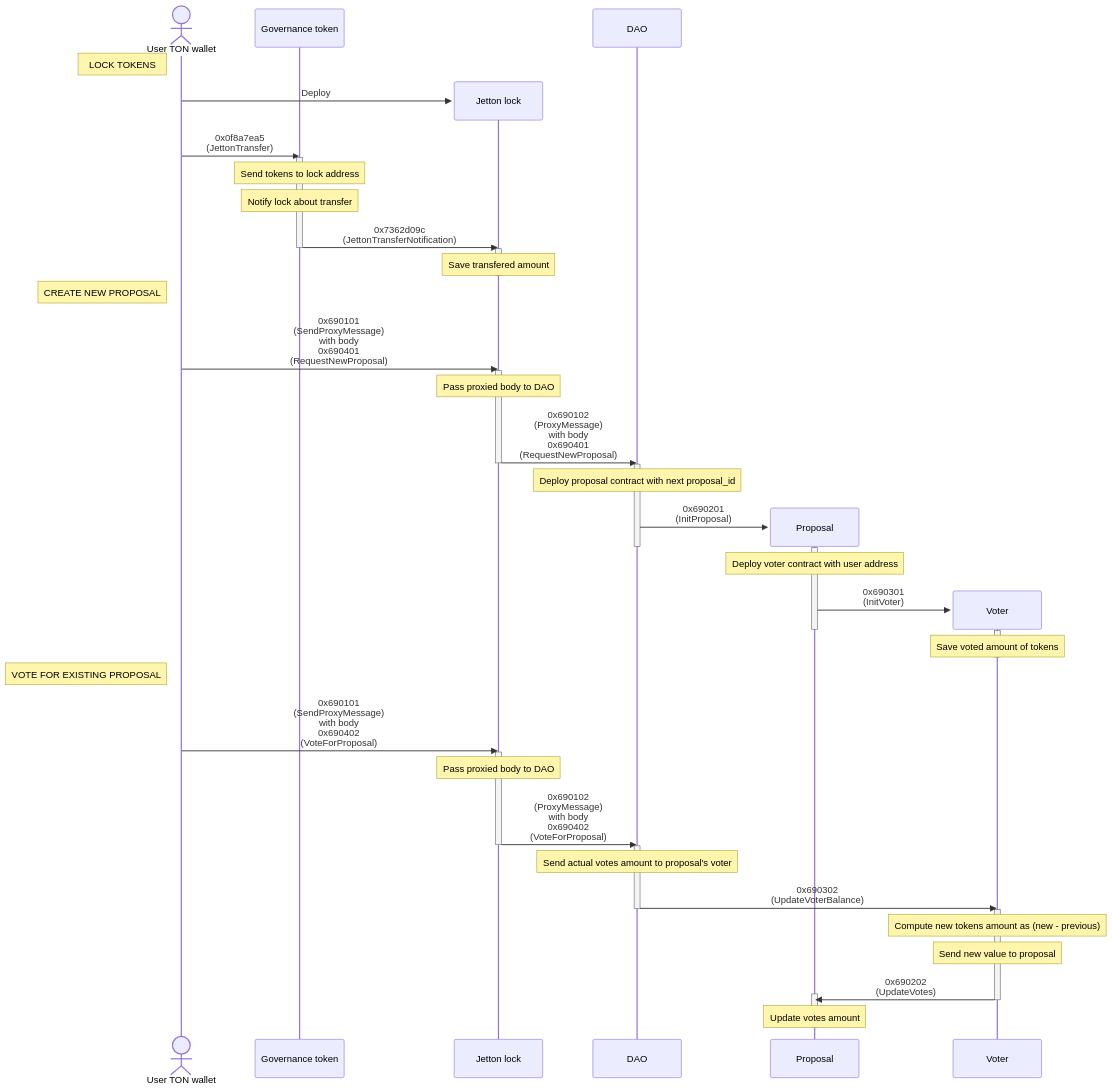
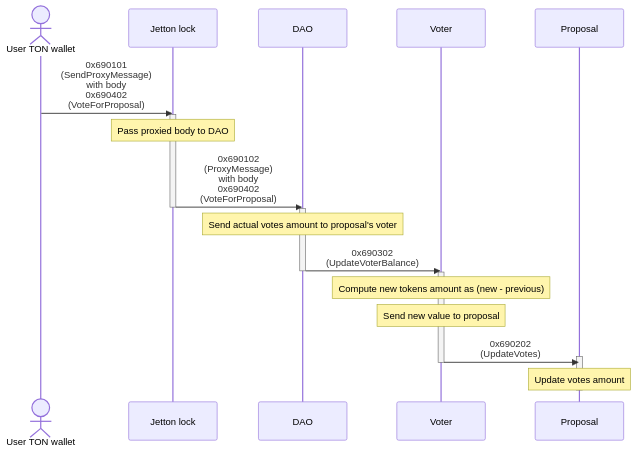
The third of 3 diagrams in README.md (supadupadao/skipper), drawn with Mermaid before and after one commit.

Commit message:
fix: use separate diagrams

````diff
--- a/README.md
+++ b/README.md
@@ -23,59 +73,26 @@
 ```mermaid
 sequenceDiagram
     actor wallet as User TON wallet
-    participant jetton as Governance token
+    participant lock as Jetton lock
+    participant dao as DAO
+    participant voter as Voter
+    participant proposal as Proposal
 
-    Note left of wallet: LOCK TOKENS
-    create participant lock as Jetton lock
-    wallet ->> lock: Deploy
-    wallet ->> jetton: 0x0f8a7ea5<br/>(JettonTransfer)
-    activate jetton
-    Note over jetton: Send tokens to lock address
-    Note over jetton: Notify lock about transfer
-    jetton ->> lock: 0x7362d09c<br/>(JettonTransferNotification)
-    deactivate jetton
-    activate lock
-    Note over lock: Save transfered amount
-    deactivate lock
-
-    participant dao as DAO
-
-    Note left of wallet: CREATE NEW PROPOSAL
-    wallet ->> lock: 0x690101<br/>(SendProxyMessage)<br/>with body<br/>0x690401<br/>(RequestNewProposal)
-    activate lock
-    Note over lock: Pass proxied body to DAO
-    lock ->> dao: 0x690102<br/>(ProxyMessage)<br/>with body<br/>0x690401<br/>(RequestNewProposal)
-    deactivate lock
-    activate dao
-    Note over dao: Deploy proposal contract with next proposal_id
-    create participant proposal as Proposal
-    dao ->> proposal: 0x690201<br/>(InitProposal)
-    deactivate dao
-    activate proposal
-    Note over proposal: Deploy voter contract with user address
-    create participant voter as Voter
-    proposal ->> voter: 0x690301<br/>(InitVoter)
-    deactivate proposal
-    activate voter
-    Note over voter: Save voted amount of tokens
-    deactivate voter
-
-    Note left of wallet: VOTE FOR EXISTING PROPOSAL
     wallet ->> lock: 0x690101<br/>(SendProxyMessage)<br/>with body<br/>0x690402<br/>(VoteForProposal)
     activate lock
     Note over lock: Pass proxied body to DAO
     lock ->> dao: 0x690102<br/>(ProxyMessage)<br/>with body<br/>0x690402<br/>(VoteForProposal)
     deactivate lock
     activate dao
     Note over dao: Send actual votes amount to proposal's voter
     dao ->> voter: 0x690302<br/>(UpdateVoterBalance)
     deactivate dao
     activate voter
     Note over voter: Compute new tokens amount as (new - previous)
     Note over voter: Send new value to proposal
     voter ->> proposal: 0x690202<br/>(UpdateVotes)
     activate proposal
     deactivate voter
     Note over proposal: Update votes amount
     deactivate proposal
 ```
````
